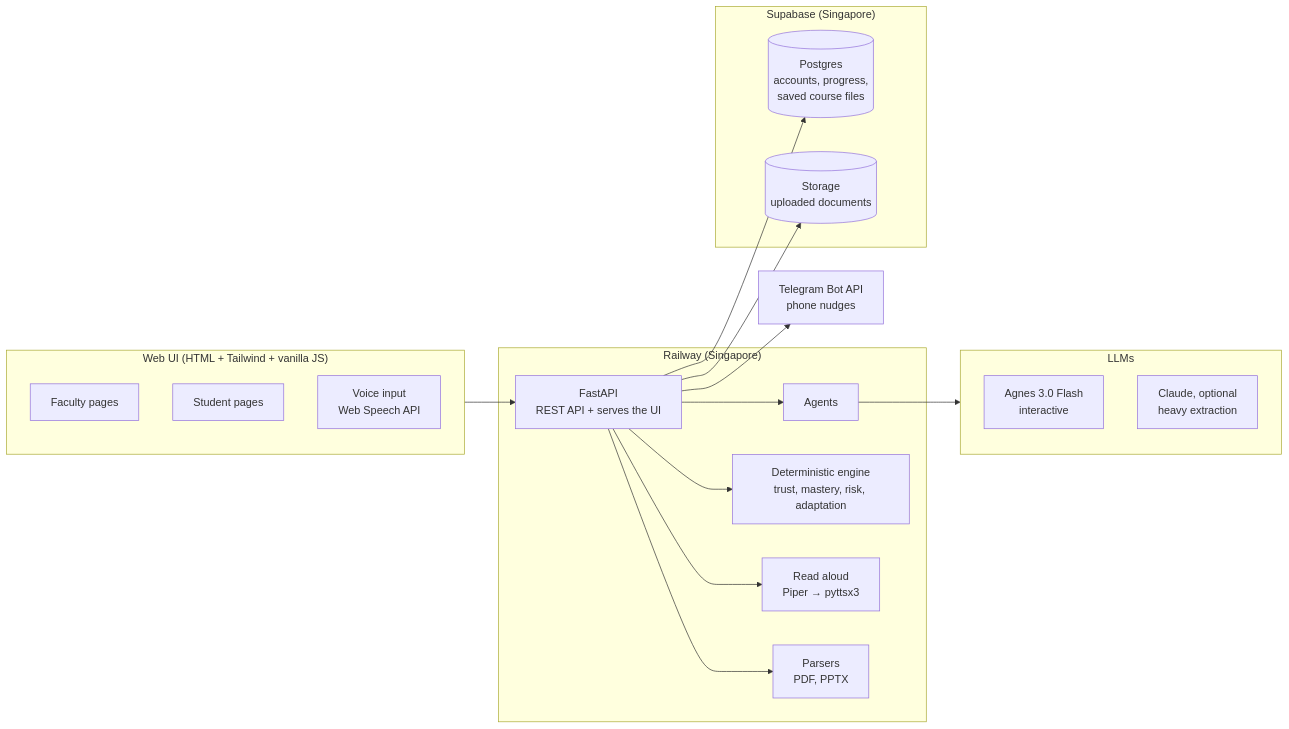
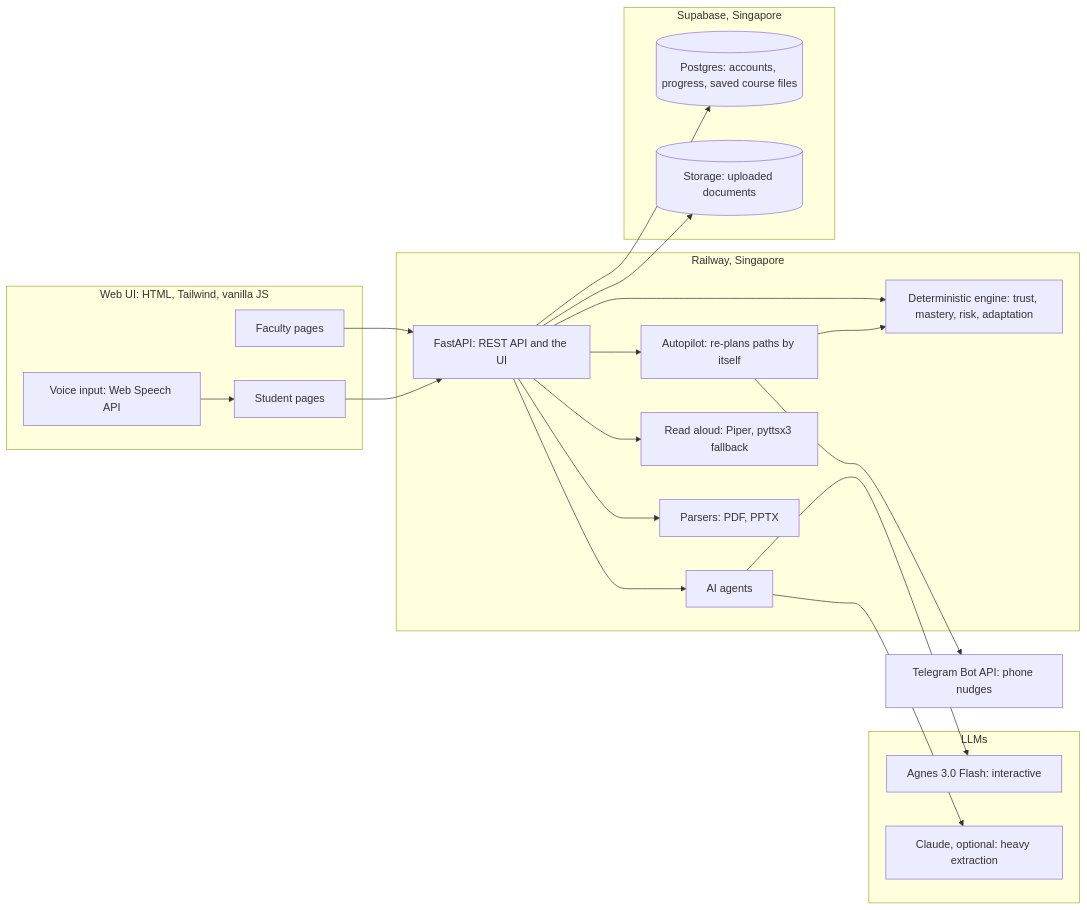
The second of 2 diagrams in README.md (vlallen544/Hackerring_project), drawn with Mermaid before and after one commit.

Commit message:
README: architecture diagram that GitHub can render
GitHub showed 'Unable to render rich display' for it. Arrows now connect
boxes (not whole groups), every label is quoted and plain ASCII, and the
autopilot is shown. Same architecture.

````diff
--- a/README.md
+++ b/README.md
@@ -161,37 +161,44 @@
 ```mermaid
 flowchart LR
-    subgraph Browser["Web UI (HTML + Tailwind + vanilla JS)"]
-        FT[Faculty pages]
-        ST[Student pages]
-        V[Voice input<br/>Web Speech API]
+    subgraph WEB["Web UI: HTML, Tailwind, vanilla JS"]
+        FT["Faculty pages"]
+        ST["Student pages"]
+        V["Voice input: Web Speech API"]
     end
 
-    subgraph Railway["Railway (Singapore)"]
-        API[FastAPI<br/>REST API + serves the UI]
-        AG[Agents]
-        CORE[Deterministic engine<br/>trust, mastery, risk, adaptation]
-        TTS[Read aloud<br/>Piper → pyttsx3]
-        PARSE[Parsers<br/>PDF, PPTX]
+    subgraph RW["Railway, Singapore"]
+        API["FastAPI: REST API and the UI"]
+        AG["AI agents"]
+        CORE["Deterministic engine: trust, mastery, risk, adaptation"]
+        AUTO["Autopilot: re-plans paths by itself"]
+        TTS["Read aloud: Piper, pyttsx3 fallback"]
+        PARSE["Parsers: PDF, PPTX"]
     end
 
-    subgraph LLM["LLMs"]
-        M1[Agnes 3.0 Flash<br/>interactive]
-        M2[Claude, optional<br/>heavy extraction]
+    subgraph AI["LLMs"]
+        M1["Agnes 3.0 Flash: interactive"]
+        M2["Claude, optional: heavy extraction"]
     end
 
-    TG[Telegram Bot API<br/>phone nudges]
-
-    subgraph Supabase["Supabase (Singapore)"]
-        PG[(Postgres<br/>accounts, progress,<br/>saved course files)]
-        SS[(Storage<br/>uploaded documents)]
+    subgraph SB["Supabase, Singapore"]
+        PG[("Postgres: accounts, progress, saved course files")]
+        SS[("Storage: uploaded documents")]
     end
 
-    Browser --> API
-    API --> AG --> LLM
+    TG["Telegram Bot API: phone nudges"]
+
+    FT --> API
+    ST --> API
+    V --> ST
+    API --> AG
+    AG --> M1
+    AG --> M2
     API --> CORE
+    API --> AUTO
+    AUTO --> CORE
+    AUTO --> TG
     API --> TTS
     API --> PARSE
     API --> PG
     API --> SS
-    API --> TG
 ```
````
